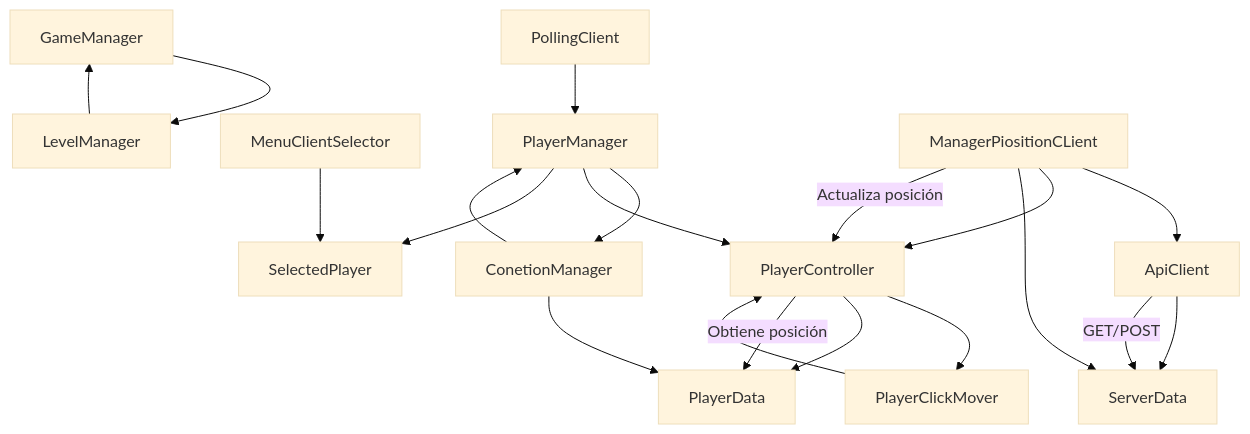
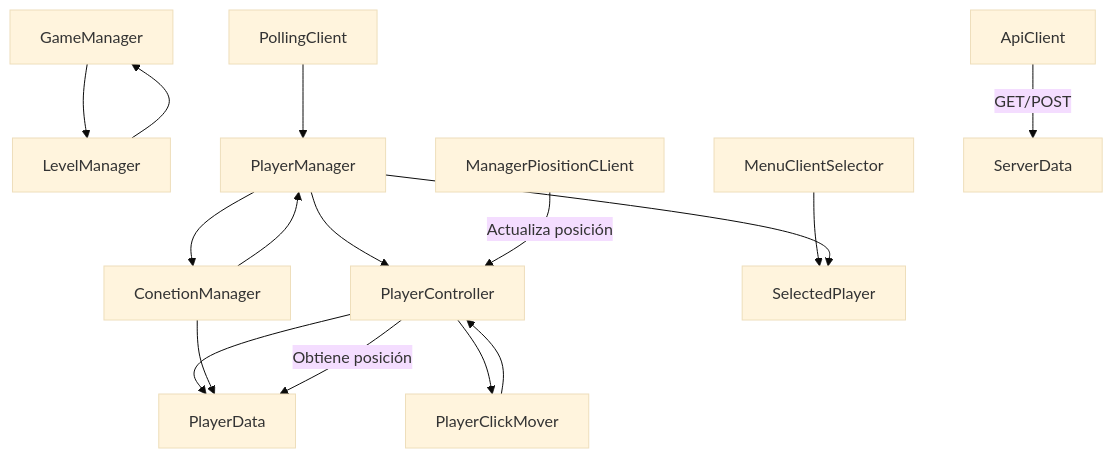
The diagram in README.md (sebas64mil/CubePuzzleServerDedicated), drawn with Mermaid (base theme) before and after one commit.

````diff
--- a/README.md
+++ b/README.md
@@ -90,46 +90,42 @@
 ```mermaid
 flowchart TB
     %% Bootstraps y Managers principales
     GameManager["GameManager"]
     LevelManager["LevelManager"]
     MenuClientSelector["MenuClientSelector"]
     PlayerManager["PlayerManager"]
     ConetionManager["ConetionManager"]
 
     %% Player
     PlayerController["PlayerController"]
     PlayerClickMover["PlayerClickMover"]
     PlayerData["PlayerData"]
     SelectedPlayer["SelectedPlayer"]
 
     %% Network y API
     PollingClient["PollingClient"]
     ApiClient["ApiClient"]
     ManagerPiositionCLient["ManagerPiositionCLient"]
     ServerData["ServerData"]
 
     %% Relaciones principales
     GameManager --> LevelManager
     LevelManager --> GameManager
     MenuClientSelector --> SelectedPlayer
     PlayerManager --> ConetionManager
     PlayerManager --> PlayerController
     PlayerManager --> SelectedPlayer
     PlayerController --> PlayerClickMover
     PlayerController --> PlayerData
     PlayerClickMover --> PlayerController
 
     %% Network/API
     ConetionManager --> PlayerData
     ConetionManager --> PlayerManager
     PollingClient --> PlayerManager
-    ApiClient --> ServerData
-    ManagerPiositionCLient --> ApiClient
-    ManagerPiositionCLient --> PlayerController
-    ManagerPiositionCLient --> ServerData
 
     %% Flujo de datos
     ApiClient -->|GET/POST| ServerData
     ManagerPiositionCLient -->|Actualiza posición| PlayerController
     PlayerController -->|Obtiene posición| PlayerData
 ```
````
